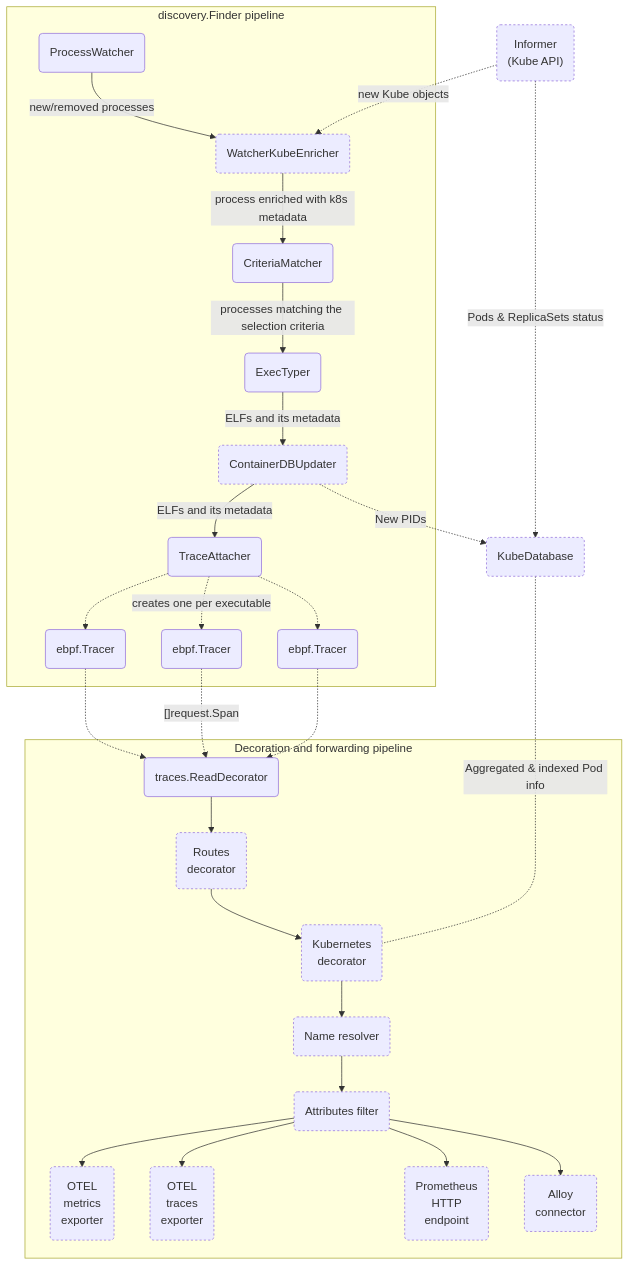
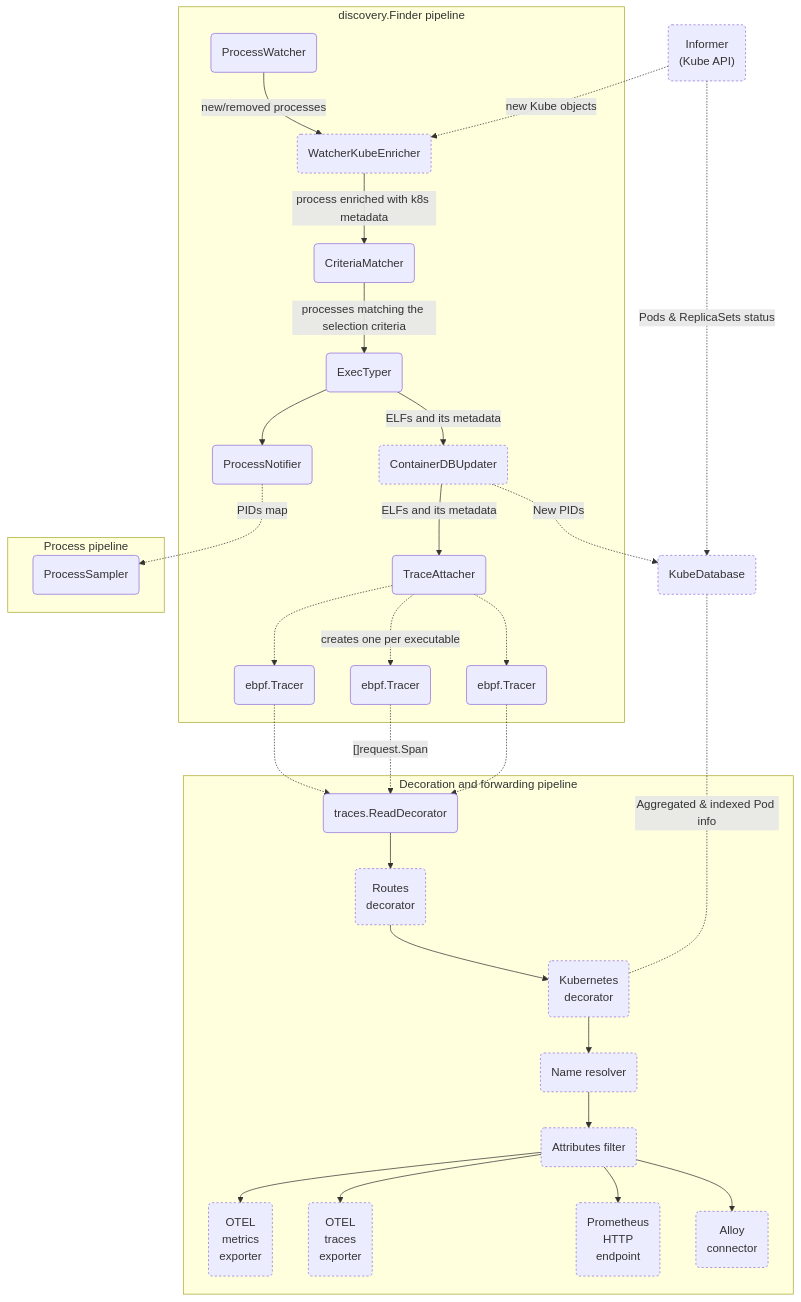
The first of 2 diagrams in devdocs/pipeline-map.md (grafana/beyla), drawn with Mermaid before and after one commit. The commit also changed 22 other files, not shown here.

Commit message:
start porting process sampler

````diff
--- a/devdocs/pipeline-map.md
+++ b/devdocs/pipeline-map.md
@@ -13,32 +13,38 @@
 ```mermaid
 flowchart TD
     classDef optional stroke-dasharray: 3 3;
     subgraph discovery.Finder pipeline
         PW(ProcessWatcher) --> |new/removed processes| KWE
         KWE(WatcherKubeEnricher):::optional --> |process enriched with k8s metadata| CM
         CM(CriteriaMatcher) --> |processes matching the selection criteria| ET(ExecTyper)
         ET --> |ELFs and its metadata| CU
         CU(ContainerDBUpdater):::optional --> |ELFs and its metadata| TA
         TA(TraceAttacher) -.-> EBPF1(ebpf.Tracer)
         TA -.-> |creates one per executable| EBPF2(ebpf.Tracer)
         TA -.-> EBPF3(ebpf.Tracer)
+        ET --> PN
+        PN(ProcessNotifier)
     end
     subgraph Decoration and forwarding pipeline
         EBPF1 -.-> TR
         EBPF2 -.-> |"[]request.Span"| TR
         EBPF3 -.-> TR
         TR(traces.ReadDecorator) --> ROUT(Routes<br/>decorator)
         ROUT:::optional --> KD(Kubernetes<br/>decorator)
         KD:::optional --> NR
         NR(Name resolver):::optional --> AF
         
         AF(Attributes filter):::optional --> OTELM(OTEL<br/> metrics<br/> exporter):::optional
         AF --> OTELT(OTEL<br/> traces<br/> exporter):::optional
         AF --> PROM(Prometheus<br/>HTTP<br/>endpoint):::optional
         AF --> ALLOY(Alloy<br/>connector):::optional
     end
     CU -.-> |New PIDs| KDB
     KDB(KubeDatabase):::optional <-.- | Aggregated & indexed Pod info | KD
     IF("Informer<br/>(Kube API)"):::optional -.-> |Pods & ReplicaSets status| KDB
     IF -.-> |new Kube objects| KWE
+    subgraph Process pipeline
+        PN -.-> |PIDs map| PS
+        PS(ProcessSampler)
+    end
 ```
````
